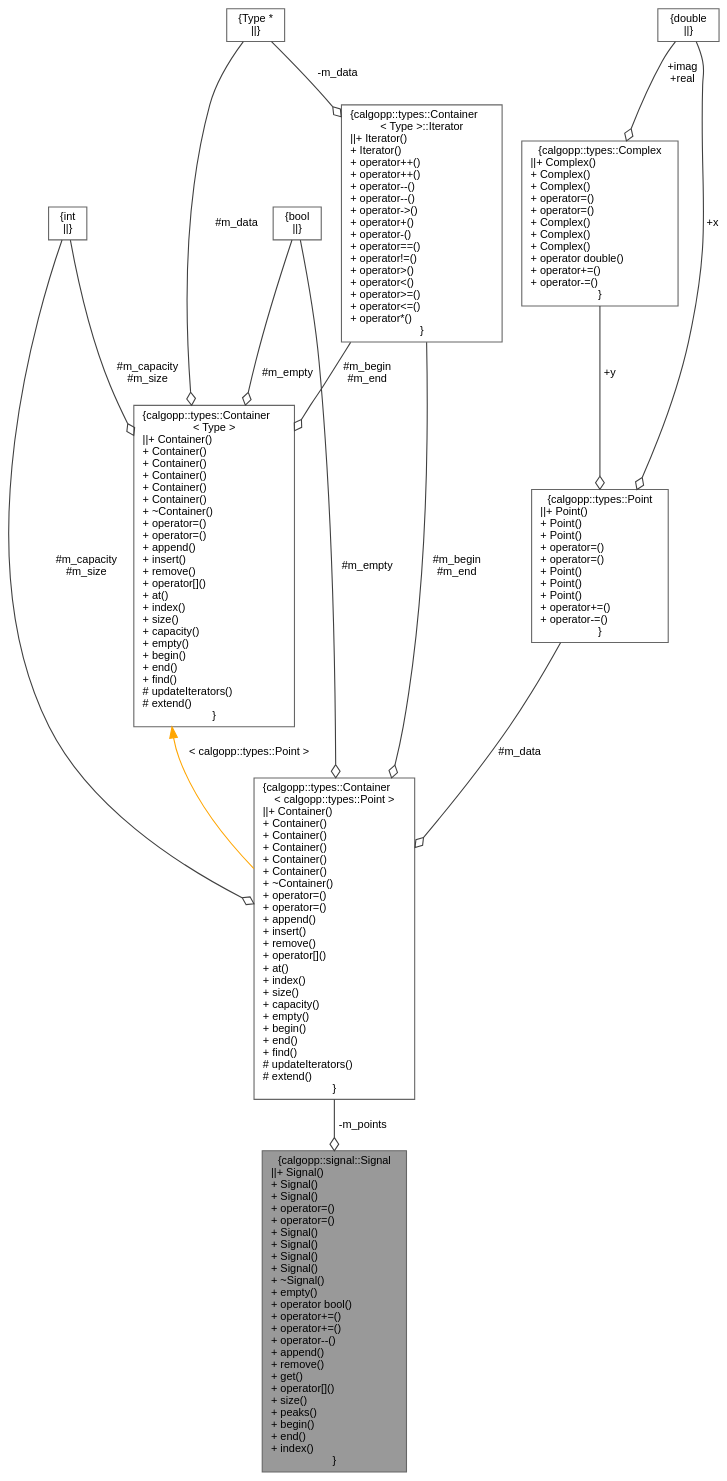
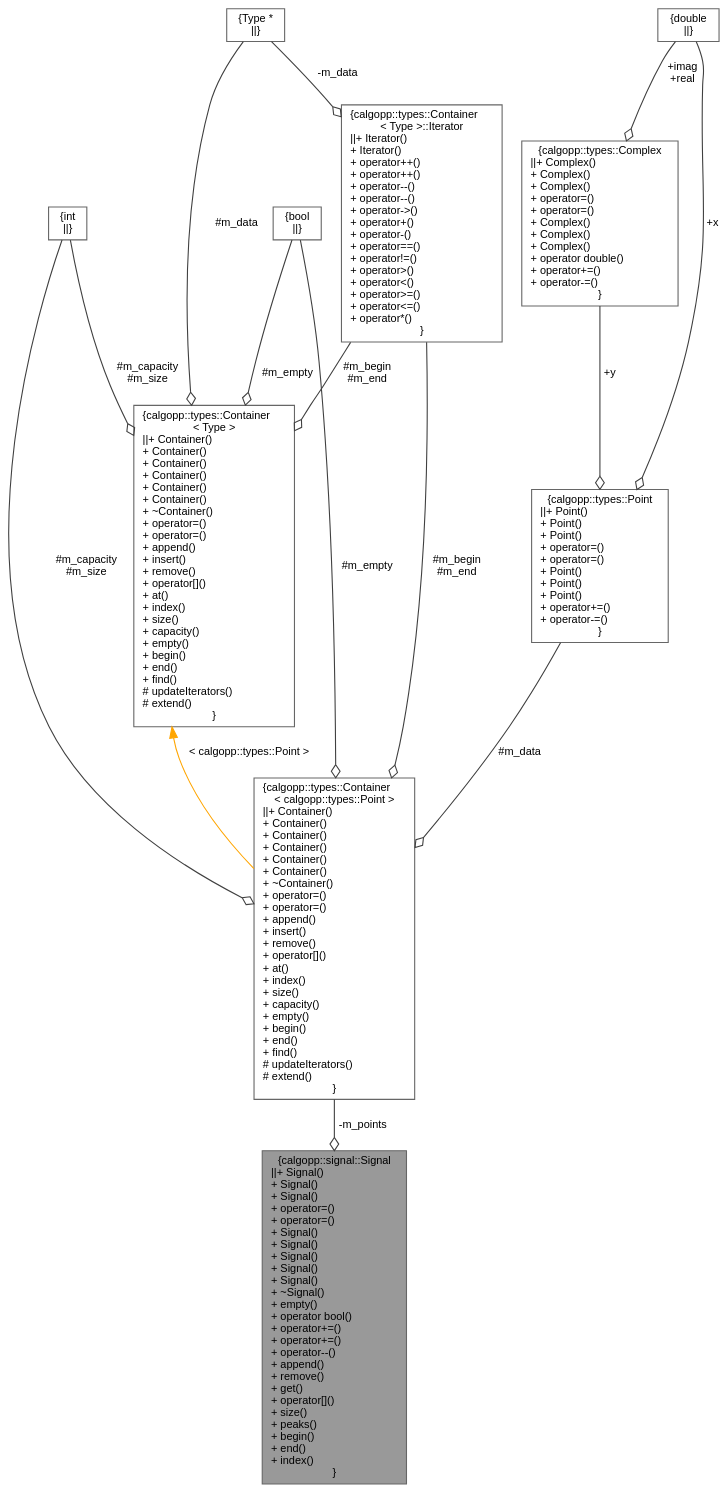
The diagram in classcalgopp_1_1signal_1_1Signal__coll__graph.dot (pawelekg95/algopp), drawn with Graphviz before and after one commit. The commit also changed 151 other files, not shown here.

```diff
--- a/classcalgopp_1_1signal_1_1Signal__coll__graph.dot
+++ b/classcalgopp_1_1signal_1_1Signal__coll__graph.dot
@@ -1,31 +1,31 @@
 digraph "calgopp::signal::Signal"
 {
  // LATEX_PDF_SIZE
   bgcolor="transparent";
   edge [fontname=Helvetica,fontsize=10,labelfontname=Helvetica,labelfontsize=10];
   node [fontname=Helvetica,fontsize=10,shape=box,height=0.2,width=0.4];
-  Node1 [label="{calgopp::signal::Signal\n||+ Signal()\l+ Signal()\l+ Signal()\l+ operator=()\l+ operator=()\l+ Signal()\l+ Signal()\l+ Signal()\l+ Signal()\l+ ~Signal()\l+ empty()\l+ operator bool()\l+ operator+=()\l+ operator+=()\l+ operator--()\l+ append()\l+ remove()\l+ get()\l+ operator[]()\l+ size()\l+ peaks()\l+ begin()\l+ end()\l+ index()\l}",height=0.2,width=0.4,color="gray40", fillcolor="grey60", style="filled", fontcolor="black",tooltip=" "];
+  Node1 [label="{calgopp::signal::Signal\n||+ Signal()\l+ Signal()\l+ Signal()\l+ operator=()\l+ operator=()\l+ Signal()\l+ Signal()\l+ Signal()\l+ Signal()\l+ Signal()\l+ ~Signal()\l+ empty()\l+ operator bool()\l+ operator+=()\l+ operator+=()\l+ operator--()\l+ append()\l+ remove()\l+ get()\l+ operator[]()\l+ size()\l+ peaks()\l+ begin()\l+ end()\l+ index()\l}",height=0.2,width=0.4,color="gray40", fillcolor="grey60", style="filled", fontcolor="black",tooltip=" "];
   Node2 -> Node1 [color="grey25",style="solid",label=" -m_points" ,arrowhead="odiamond"];
   Node2 [label="{calgopp::types::Container\l\< calgopp::types::Point \>\n||+ Container()\l+ Container()\l+ Container()\l+ Container()\l+ Container()\l+ Container()\l+ ~Container()\l+ operator=()\l+ operator=()\l+ append()\l+ insert()\l+ remove()\l+ operator[]()\l+ at()\l+ index()\l+ size()\l+ capacity()\l+ empty()\l+ begin()\l+ end()\l+ find()\l# updateIterators()\l# extend()\l}",height=0.2,width=0.4,color="gray40", fillcolor="white", style="filled",URL="$classcalgopp_1_1types_1_1Container.html",tooltip=" "];
   Node3 -> Node2 [color="grey25",style="solid",label=" #m_capacity\n#m_size" ,arrowhead="odiamond"];
   Node3 [label="{int\n||}",height=0.2,width=0.4,color="gray40", fillcolor="white", style="filled",tooltip=" "];
   Node4 -> Node2 [color="grey25",style="solid",label=" #m_empty" ,arrowhead="odiamond"];
   Node4 [label="{bool\n||}",height=0.2,width=0.4,color="gray40", fillcolor="white", style="filled",URL="$classbool.html",tooltip=" "];
   Node5 -> Node2 [color="grey25",style="solid",label=" #m_data" ,arrowhead="odiamond"];
   Node5 [label="{calgopp::types::Point\n||+ Point()\l+ Point()\l+ Point()\l+ operator=()\l+ operator=()\l+ Point()\l+ Point()\l+ Point()\l+ operator+=()\l+ operator-=()\l}",height=0.2,width=0.4,color="gray40", fillcolor="white", style="filled",URL="$structcalgopp_1_1types_1_1Point.html",tooltip=" "];
   Node6 -> Node5 [color="grey25",style="solid",label=" +x" ,arrowhead="odiamond"];
   Node6 [label="{double\n||}",height=0.2,width=0.4,color="gray40", fillcolor="white", style="filled",tooltip=" "];
   Node7 -> Node5 [color="grey25",style="solid",label=" +y" ,arrowhead="odiamond"];
   Node7 [label="{calgopp::types::Complex\n||+ Complex()\l+ Complex()\l+ Complex()\l+ operator=()\l+ operator=()\l+ Complex()\l+ Complex()\l+ Complex()\l+ operator double()\l+ operator+=()\l+ operator-=()\l}",height=0.2,width=0.4,color="gray40", fillcolor="white", style="filled",URL="$structcalgopp_1_1types_1_1Complex.html",tooltip=" "];
   Node6 -> Node7 [color="grey25",style="solid",label=" +imag\n+real" ,arrowhead="odiamond"];
   Node8 -> Node2 [color="grey25",style="solid",label=" #m_begin\n#m_end" ,arrowhead="odiamond"];
   Node8 [label="{calgopp::types::Container\l\< Type \>::Iterator\n||+ Iterator()\l+ Iterator()\l+ operator++()\l+ operator++()\l+ operator--()\l+ operator--()\l+ operator-\>()\l+ operator+()\l+ operator-()\l+ operator==()\l+ operator!=()\l+ operator\>()\l+ operator\<()\l+ operator\>=()\l+ operator\<=()\l+ operator*()\l}",height=0.2,width=0.4,color="gray40", fillcolor="white", style="filled",URL="$classcalgopp_1_1types_1_1Container_1_1Iterator.html",tooltip=" "];
   Node9 -> Node8 [color="grey25",style="solid",label=" -m_data" ,arrowhead="odiamond"];
   Node9 [label="{Type *\n||}",height=0.2,width=0.4,color="gray40", fillcolor="white", style="filled",tooltip=" "];
   Node10 -> Node2 [dir="back",color="orange",style="solid",label=" \< calgopp::types::Point \>" ];
   Node10 [label="{calgopp::types::Container\l\< Type \>\n||+ Container()\l+ Container()\l+ Container()\l+ Container()\l+ Container()\l+ Container()\l+ ~Container()\l+ operator=()\l+ operator=()\l+ append()\l+ insert()\l+ remove()\l+ operator[]()\l+ at()\l+ index()\l+ size()\l+ capacity()\l+ empty()\l+ begin()\l+ end()\l+ find()\l# updateIterators()\l# extend()\l}",height=0.2,width=0.4,color="gray40", fillcolor="white", style="filled",URL="$classcalgopp_1_1types_1_1Container.html",tooltip=" "];
   Node3 -> Node10 [color="grey25",style="solid",label=" #m_capacity\n#m_size" ,arrowhead="odiamond"];
   Node4 -> Node10 [color="grey25",style="solid",label=" #m_empty" ,arrowhead="odiamond"];
   Node9 -> Node10 [color="grey25",style="solid",label=" #m_data" ,arrowhead="odiamond"];
   Node8 -> Node10 [color="grey25",style="solid",label=" #m_begin\n#m_end" ,arrowhead="odiamond"];
 }
```
